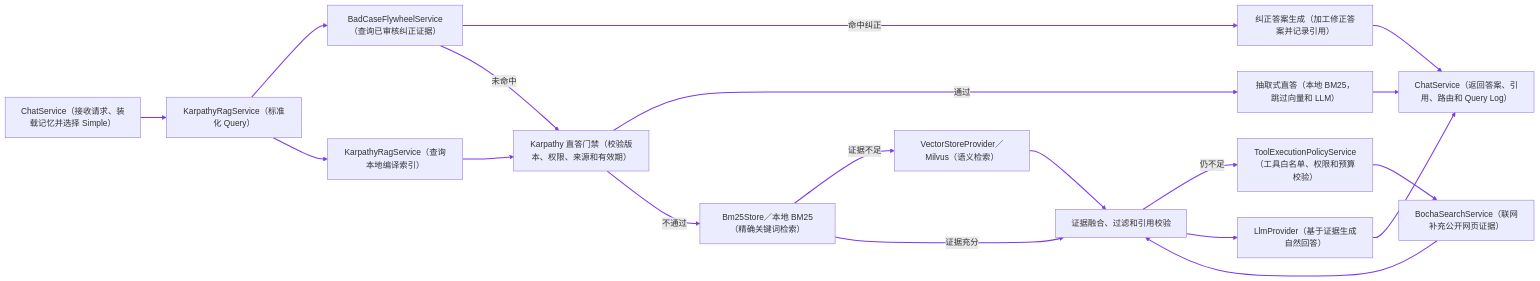
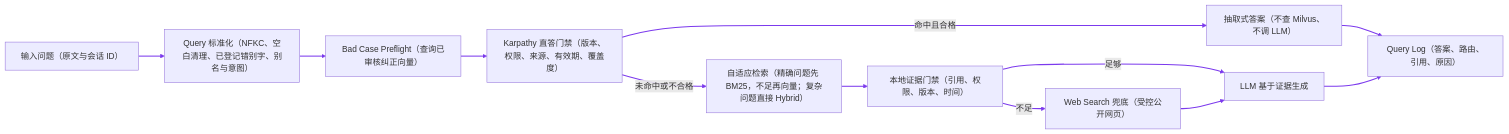
Before and after one commit to monstereatai/RAG: the fourth of 16 diagrams in docs/interview/功能步骤流程.md, drawn with Mermaid. The commit also changed other lines of this file and 3 other files, not shown here.

````diff
--- a/docs/interview/功能步骤流程.md
+++ b/docs/interview/功能步骤流程.md
@@ -1109,22 +144,15 @@
 ```mermaid
 flowchart LR
-  Chat[ChatService（接收请求、装载记忆并选择 Simple）] --> Normalize[KarpathyRagService（标准化 Query）]
-  Normalize --> BadCase[BadCaseFlywheelService（查询已审核纠正证据）]
-  Normalize --> Karpathy[KarpathyRagService（查询本地编译索引）]
-  BadCase -->|命中纠正| Correction[纠正答案生成（加工修正答案并记录引用）]
-  BadCase -->|未命中| Gate[Karpathy 直答门禁（校验版本、权限、来源和有效期）]
-  Karpathy --> Gate
-  Gate -->|通过| Direct[抽取式直答（本地 BM25，跳过向量和 LLM）]
-  Gate -->|不通过| BM25[Bm25Store／本地 BM25（精确关键词检索）]
-  BM25 -->|证据不足| Milvus[VectorStoreProvider／Milvus（语义检索）]
-  BM25 -->|证据充分| Evidence[证据融合、过滤和引用校验]
-  Milvus --> Evidence
-  Evidence -->|仍不足| Policy[ToolExecutionPolicyService（工具白名单、权限和预算校验）]
-  Policy --> Web[BochaSearchService（联网补充公开网页证据）]
-  Web --> Evidence
-  Evidence --> LLM[LlmProvider（基于证据生成自然回答）]
-  Direct --> Output[ChatService（返回答案、引用、路由和 Query Log）]
-  Correction --> Output
-  LLM --> Output
-  linkStyle 0,1,2,3,4,5,6,7,8,9,10,11,12,13,14,15,16,17 stroke:#7c3aed,stroke-width:2px
+  A[输入问题（原文与会话 ID）] --> B[Query 标准化（NFKC、空白清理、已登记错别字、别名与意图）]
+  B --> C[Bad Case Preflight（查询已审核纠正向量）]
+  C --> D[Karpathy 直答门禁（版本、权限、来源、有效期、覆盖度）]
+  D -->|命中且合格| E[抽取式答案（不查 Milvus、不调 LLM）]
+  D -->|未命中或不合格| F[自适应检索（精确问题先 BM25，不足再向量；复杂问题直接 Hybrid）]
+  F --> G[本地证据门禁（引用、权限、版本、时间）]
+  G -->|足够| H[LLM 基于证据生成]
+  G -->|不足| I[Web Search 兜底（受控公开网页）]
+  I --> H
+  E --> J[Query Log（答案、路由、引用、原因）]
+  H --> J
+  linkStyle 0,1,2,3,4,5,6,7,8,9,10 stroke:#7c3aed,stroke-width:2px
 ```
````
